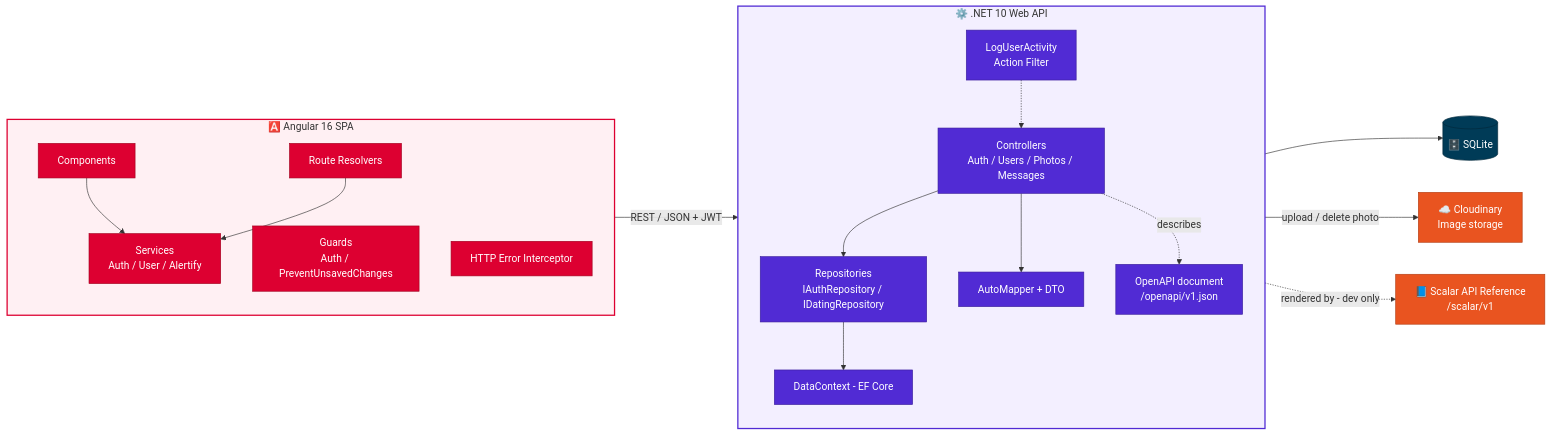
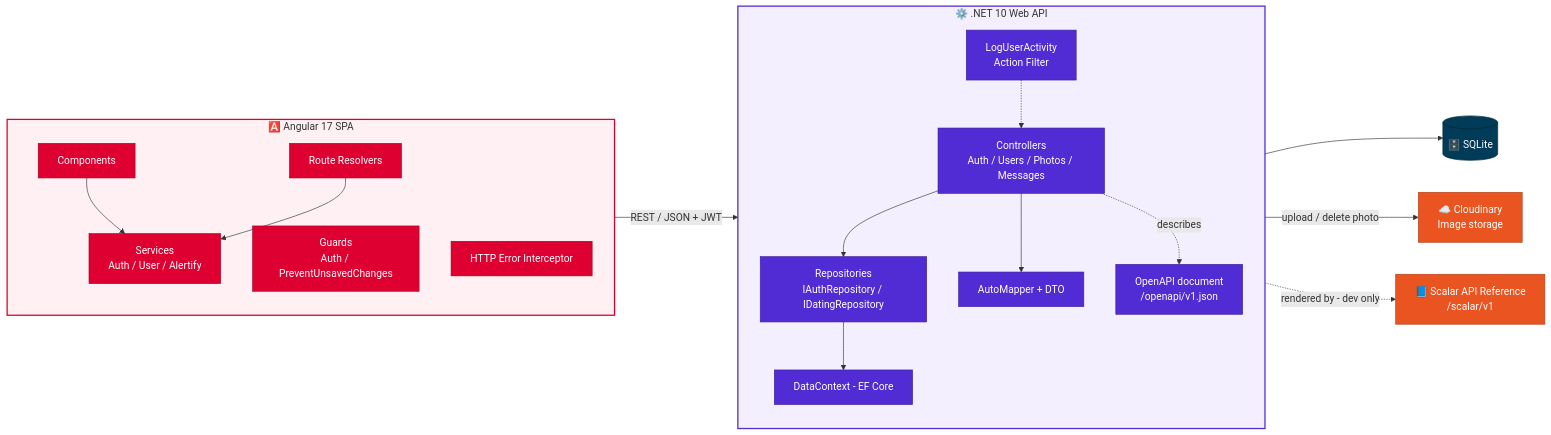
Before and after one commit to NisanurBulut/KimOkurAPP: the first of 6 diagrams in README.md, drawn with Mermaid. The commit also changed other lines of this file and 7 other files, not shown here.

````diff
--- a/README.md
+++ b/README.md
@@ -166,40 +166,40 @@
 ```mermaid
 flowchart LR
-    subgraph SPA["🅰️ Angular 16 SPA"]
+    subgraph SPA["🅰️ Angular 17 SPA"]
         direction TB
         CMP["Components"] --> SRV["Services<br/>Auth / User / Alertify"]
         RES["Route Resolvers"] --> SRV
         GRD["Guards<br/>Auth / PreventUnsavedChanges"]
         INT["HTTP Error Interceptor"]
     end
 
     subgraph API["⚙️ .NET 10 Web API"]
         direction TB
         CTR["Controllers<br/>Auth / Users / Photos / Messages"] --> REP["Repositories<br/>IAuthRepository / IDatingRepository"]
         CTR --> MAP["AutoMapper + DTO"]
         FLT["LogUserActivity<br/>Action Filter"] -.-> CTR
         REP --> CTX["DataContext - EF Core"]
         OAS["OpenAPI document<br/>/openapi/v1.json"]
     end
 
     DB[("🗄️ SQLite")]
     CLD["☁️ Cloudinary<br/>Image storage"]
     SCL["📘 Scalar API Reference<br/>/scalar/v1"]
 
     SRV -->|"REST / JSON + JWT"| CTR
     CTX --> DB
     CTR -->|"upload / delete photo"| CLD
     CTR -.->|"describes"| OAS
     OAS -.->|"rendered by - dev only"| SCL
 
     classDef spa fill:#DD0031,stroke:#A3001F,color:#ffffff
     classDef api fill:#512BD4,stroke:#3A1E9C,color:#ffffff
     classDef ext fill:#E95420,stroke:#B33E14,color:#ffffff
     classDef store fill:#003B57,stroke:#00283B,color:#ffffff
     class CMP,SRV,RES,GRD,INT spa
     class CTR,REP,MAP,FLT,CTX,OAS api
     class CLD,SCL ext
     class DB store
     style SPA fill:#FFF0F3,stroke:#DD0031,stroke-width:2px
     style API fill:#F3EFFF,stroke:#512BD4,stroke-width:2px
 ```
````
